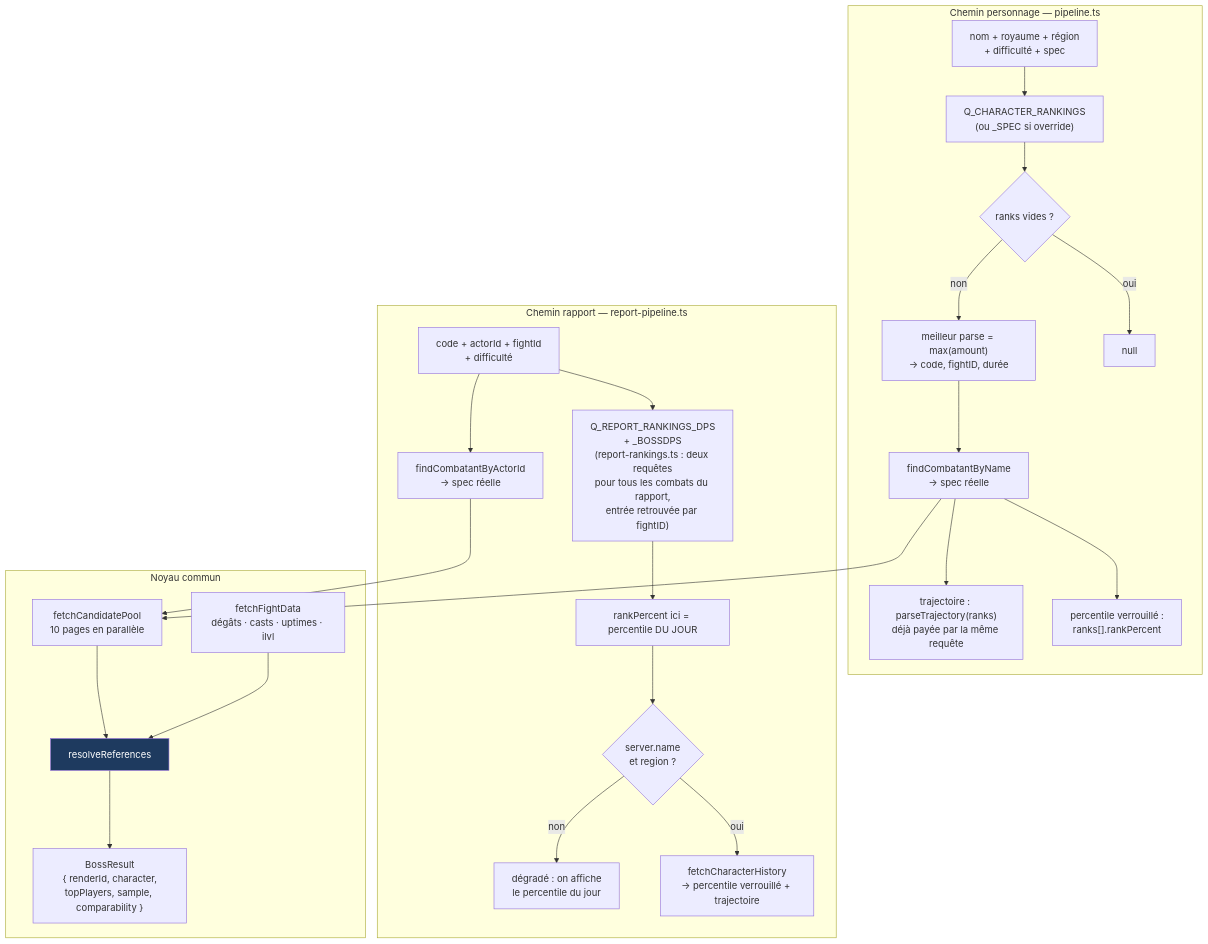
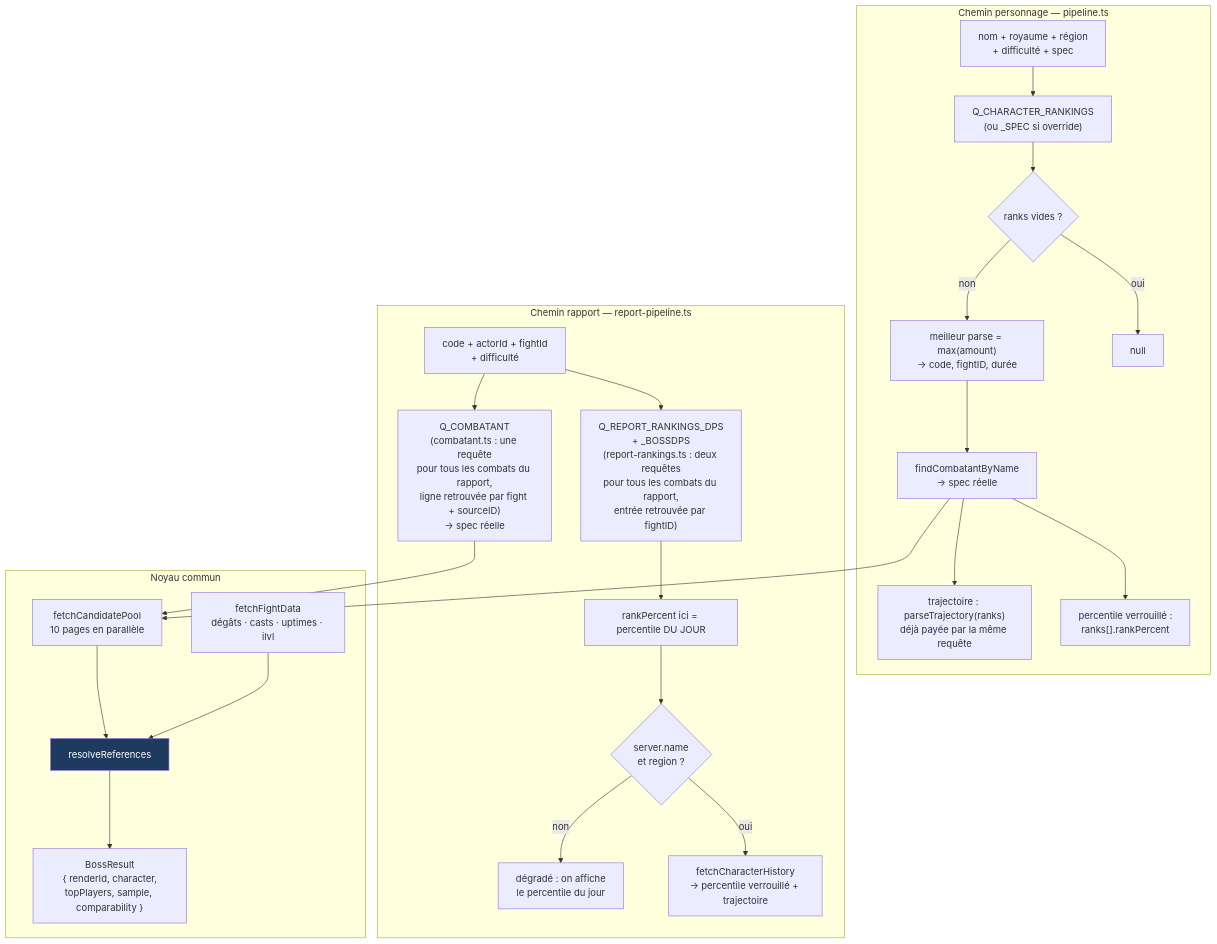
One commit to lafonth/LogLense changed the second of 3 diagrams in docs/01-architecture.md. Above: the diagram before and after it, drawn with Mermaid. The commit also changed 7 other files, not shown here.

First line of the commit message:
perf(combatants): une requête de CombatantInfo par rapport au lieu d'une par boss

````diff
--- a/docs/01-architecture.md
+++ b/docs/01-architecture.md
@@ -66,34 +66,34 @@
 ```mermaid
 flowchart TD
     subgraph A["Chemin personnage — pipeline.ts"]
         A1[nom + royaume + région<br/>+ difficulté + spec] --> A2["Q_CHARACTER_RANKINGS<br/>(ou _SPEC si override)"]
         A2 --> A3{ranks vides ?}
         A3 -->|oui| AN[null]
         A3 -->|non| A4["meilleur parse = max(amount)<br/>→ code, fightID, durée"]
         A4 --> A5[findCombatantByName<br/>→ spec réelle]
         A5 --> A6["percentile verrouillé :<br/>ranks[].rankPercent"]
         A5 --> A7["trajectoire : parseTrajectory(ranks)<br/>déjà payée par la même requête"]
     end
 
     subgraph B["Chemin rapport — report-pipeline.ts"]
         B1["code + actorId + fightId<br/>+ difficulté"] --> B2["Q_REPORT_RANKINGS_DPS<br/>+ _BOSSDPS<br/>(report-rankings.ts : deux requêtes<br/>pour tous les combats du rapport,<br/>entrée retrouvée par fightID)"]
-        B1 --> B3[findCombatantByActorId<br/>→ spec réelle]
+        B1 --> B3["Q_COMBATANT<br/>(combatant.ts : une requête<br/>pour tous les combats du rapport,<br/>ligne retrouvée par fight + sourceID)<br/>→ spec réelle"]
         B2 --> B4["rankPercent ici = percentile DU JOUR"]
         B4 --> B5{server.name<br/>et region ?}
         B5 -->|oui| B6["fetchCharacterHistory<br/>→ percentile verrouillé + trajectoire"]
         B5 -->|non| B7["dégradé : on affiche<br/>le percentile du jour"]
     end
 
     A5 --> C1
     B3 --> C1
 
     subgraph C["Noyau commun"]
         C1[fetchCandidatePool<br/>10 pages en parallèle]
         C2[fetchFightData<br/>dégâts · casts · uptimes · ilvl]
         C1 --> C3[resolveReferences]
         C2 --> C3
         C3 --> C4["BossResult<br/>{ renderId, character,<br/>topPlayers, sample, comparability }"]
     end
 
     style C3 fill:#1e3a5f,color:#fff
 ```
````
